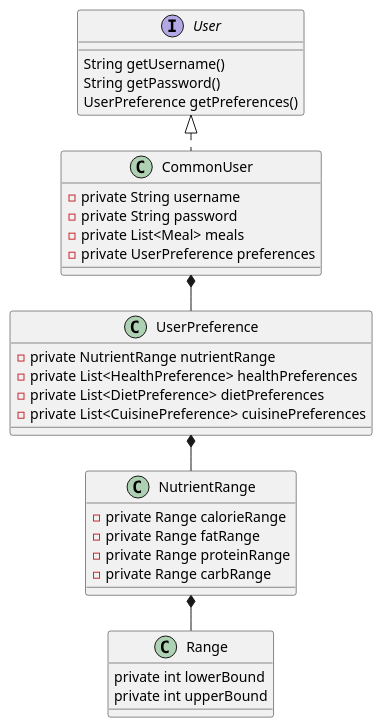
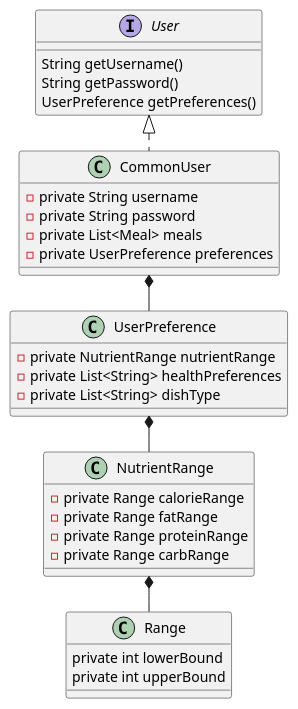
Before and after one commit to vrindasubhash/NutriNinja: the diagram in design/entities/entities.puml, drawn with PlantUML.

Commit message:
updating uml diagram for user

```diff
--- a/design/entities/entities.puml
+++ b/design/entities/entities.puml
@@ -1,40 +1,39 @@
 @startuml
 !pragma layout smetana
 'https://plantuml.com/class-diagram
 CommonUser *-- UserPreference
 UserPreference *-- NutrientRange
 NutrientRange *-- Range
 
 interface User {
     String getUsername()
     String getPassword()
     UserPreference getPreferences()
 }
 
 class CommonUser implements User {
 - private String username
 - private String password
 - private List<Meal> meals
 - private UserPreference preferences
 }
 
 class UserPreference {
 - private NutrientRange nutrientRange
-- private List<HealthPreference> healthPreferences
-- private List<DietPreference> dietPreferences
-- private List<CuisinePreference> cuisinePreferences
+- private List<String> healthPreferences
+- private List<String> dishType
 }
 
 class NutrientRange {
 - private Range calorieRange
 - private Range fatRange
 - private Range proteinRange
 - private Range carbRange
 }
 
 
 class Range {
     private int lowerBound
     private int upperBound
 }
 @enduml
```
